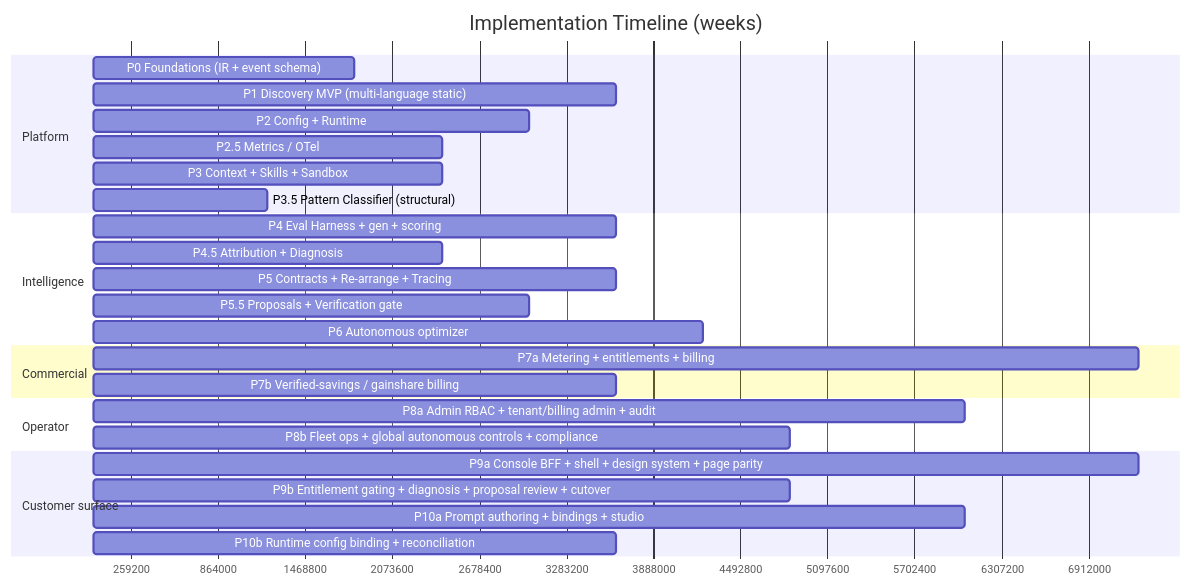
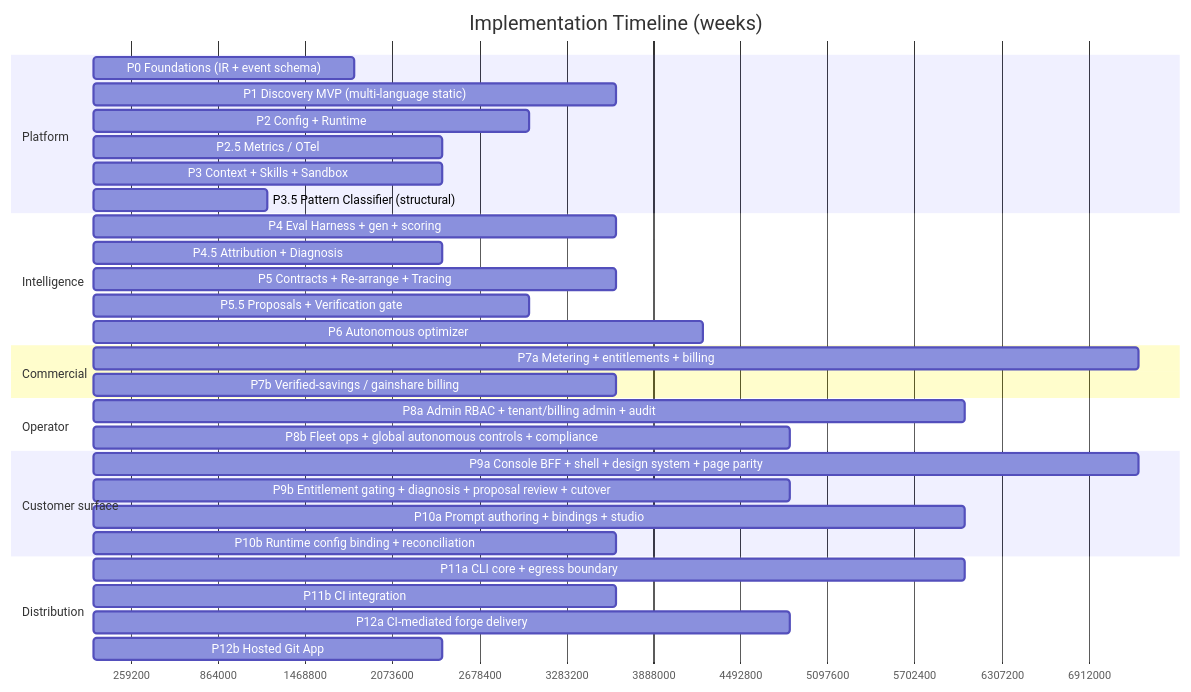
The third of 3 diagrams in docs/implementation-timeline/README.md (damonleelcx/heros-agent), drawn with Mermaid before and after one commit. The commit also changed other lines of this file and 24 other files, not shown here.

First line of the commit message:
docs: specify CLI & CI (P11) and Forge Delivery (P12), and decide the forge credential posture (ADR-005)

````diff
--- a/docs/implementation-timeline/README.md
+++ b/docs/implementation-timeline/README.md
@@ -156,30 +158,35 @@
 ```mermaid
 gantt
   title Implementation Timeline (weeks)
   dateFormat X
   axisFormat %s
   section Platform
   P0 Foundations (IR + event schema)      :p0, 0, 3w
   P1 Discovery MVP (multi-language static) :p1, 3, 6w
   P2 Config + Runtime                     :p2, 6, 5w
   P2.5 Metrics / OTel                     :p25, 9, 4w
   P3 Context + Skills + Sandbox           :p3, 12, 4w
   P3.5 Pattern Classifier (structural)    :p35, 15, 2w
   section Intelligence
   P4 Eval Harness + gen + scoring         :p4, 16, 6w
   P4.5 Attribution + Diagnosis            :p45, 21, 4w
   P5 Contracts + Re-arrange + Tracing     :p5, 24, 6w
   P5.5 Proposals + Verification gate      :p55, 29, 5w
   P6 Autonomous optimizer                 :p6, 33, 7w
   section Commercial
   P7a Metering + entitlements + billing   :p7a, 22, 12w
   P7b Verified-savings / gainshare billing:p7b, 34, 6w
   section Operator
   P8a Admin RBAC + tenant/billing admin + audit :p8a, 24, 10w
   P8b Fleet ops + global autonomous controls + compliance :p8b, 34, 8w
   section Customer surface
   P9a Console BFF + shell + design system + page parity :p9a, 24, 12w
   P9b Entitlement gating + diagnosis + proposal review + cutover :p9b, 36, 8w
   P10a Prompt authoring + bindings + studio :p10a, 30, 10w
   P10b Runtime config binding + reconciliation :p10b, 40, 6w
+  section Distribution
+  P11a CLI core + egress boundary :p11a, 22, 10w
+  P11b CI integration :p11b, 32, 6w
+  P12a CI-mediated forge delivery :p12a, 36, 8w
+  P12b Hosted Git App :p12b, 44, 4w
 ```
````
